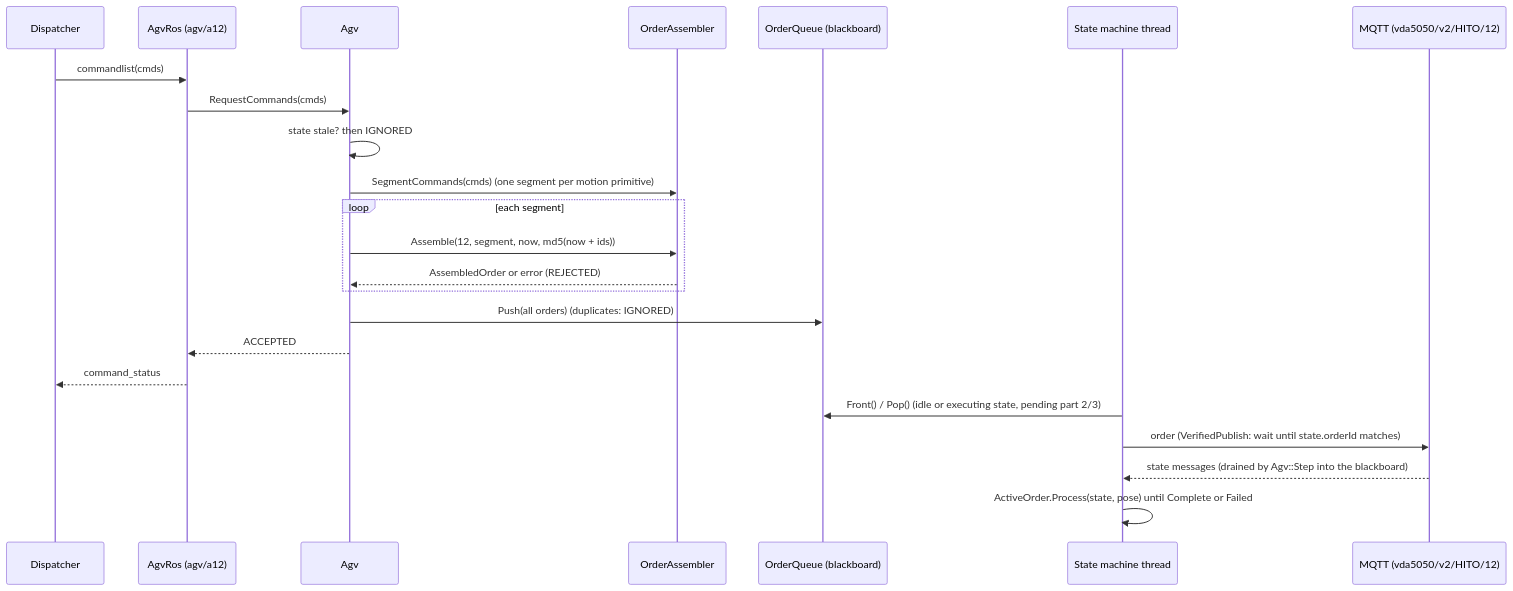
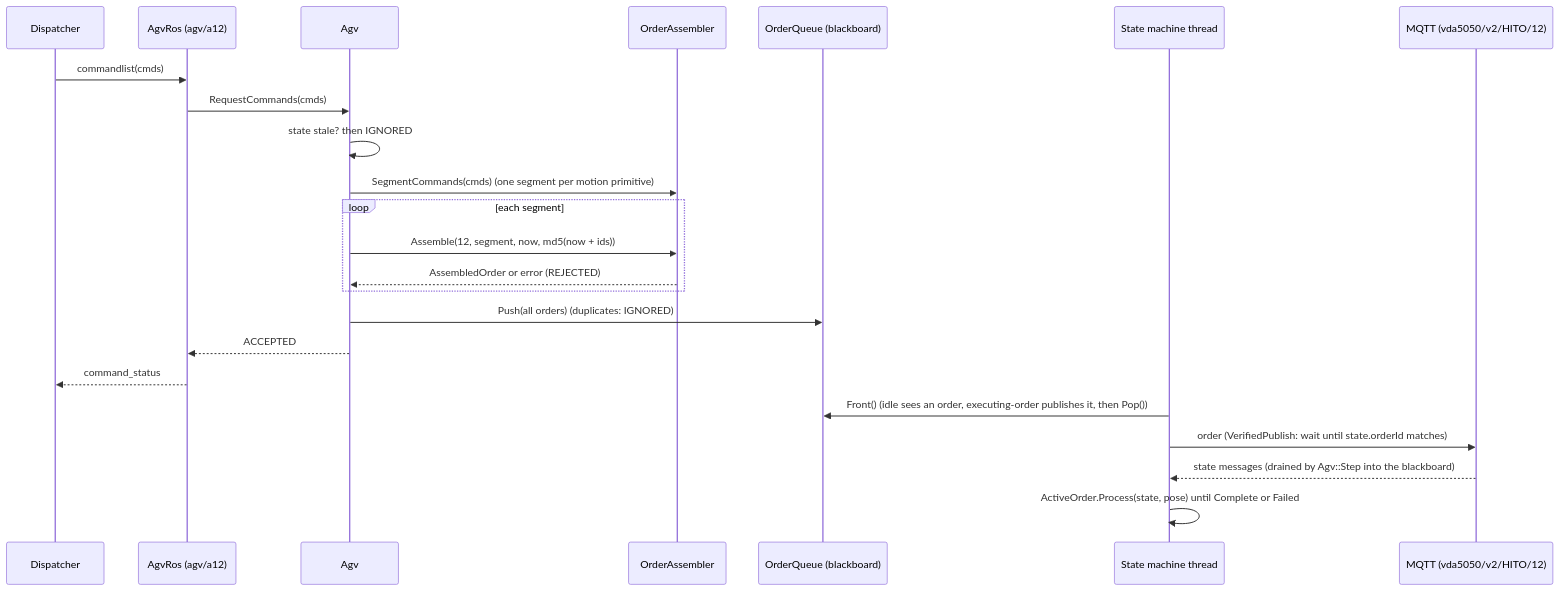
The sixth of 7 diagrams in subsystems/22-agvhito.md (volleyjgonzales/volley_notes), drawn with Mermaid before and after one commit. The commit also changed other lines of this file and 8 other files, not shown here.

````diff
--- a/subsystems/22-agvhito.md
+++ b/subsystems/22-agvhito.md
@@ -609,26 +731,26 @@
 ```mermaid
 %%{init: {"fontFamily": "JetBrainsMono Nerd Font, FiraCode Nerd Font, Hack Nerd Font, DejaVu Sans Mono, Menlo, Consolas, monospace", "themeVariables": {"fontFamily": "JetBrainsMono Nerd Font, FiraCode Nerd Font, Hack Nerd Font, DejaVu Sans Mono, Menlo, Consolas, monospace"}, "sequence": {"actorFontFamily": "JetBrainsMono Nerd Font, FiraCode Nerd Font, Hack Nerd Font, DejaVu Sans Mono, Menlo, Consolas, monospace", "messageFontFamily": "JetBrainsMono Nerd Font, FiraCode Nerd Font, Hack Nerd Font, DejaVu Sans Mono, Menlo, Consolas, monospace", "noteFontFamily": "JetBrainsMono Nerd Font, FiraCode Nerd Font, Hack Nerd Font, DejaVu Sans Mono, Menlo, Consolas, monospace"}}}%%
 sequenceDiagram
     participant D as Dispatcher
     participant R as AgvRos (agv/a12)
     participant A as Agv
     participant OA as OrderAssembler
     participant Q as OrderQueue (blackboard)
     participant SM as State machine thread
     participant M as MQTT (vda5050/v2/HITO/12)
     D->>R: commandlist(cmds)
     R->>A: RequestCommands(cmds)
     A->>A: state stale? then IGNORED
     A->>OA: SegmentCommands(cmds) (one segment per motion primitive)
     loop each segment
         A->>OA: Assemble(12, segment, now, md5(now + ids))
         OA-->>A: AssembledOrder or error (REJECTED)
     end
     A->>Q: Push(all orders) (duplicates: IGNORED)
     A-->>R: ACCEPTED
     R-->>D: command_status
-    SM->>Q: Front() / Pop() (idle or executing state, pending part 2/3)
+    SM->>Q: Front() (idle sees an order, executing-order publishes it, then Pop())
     SM->>M: order (VerifiedPublish: wait until state.orderId matches)
     M-->>SM: state messages (drained by Agv::Step into the blackboard)
     SM->>SM: ActiveOrder.Process(state, pose) until Complete or Failed
 ```
````
